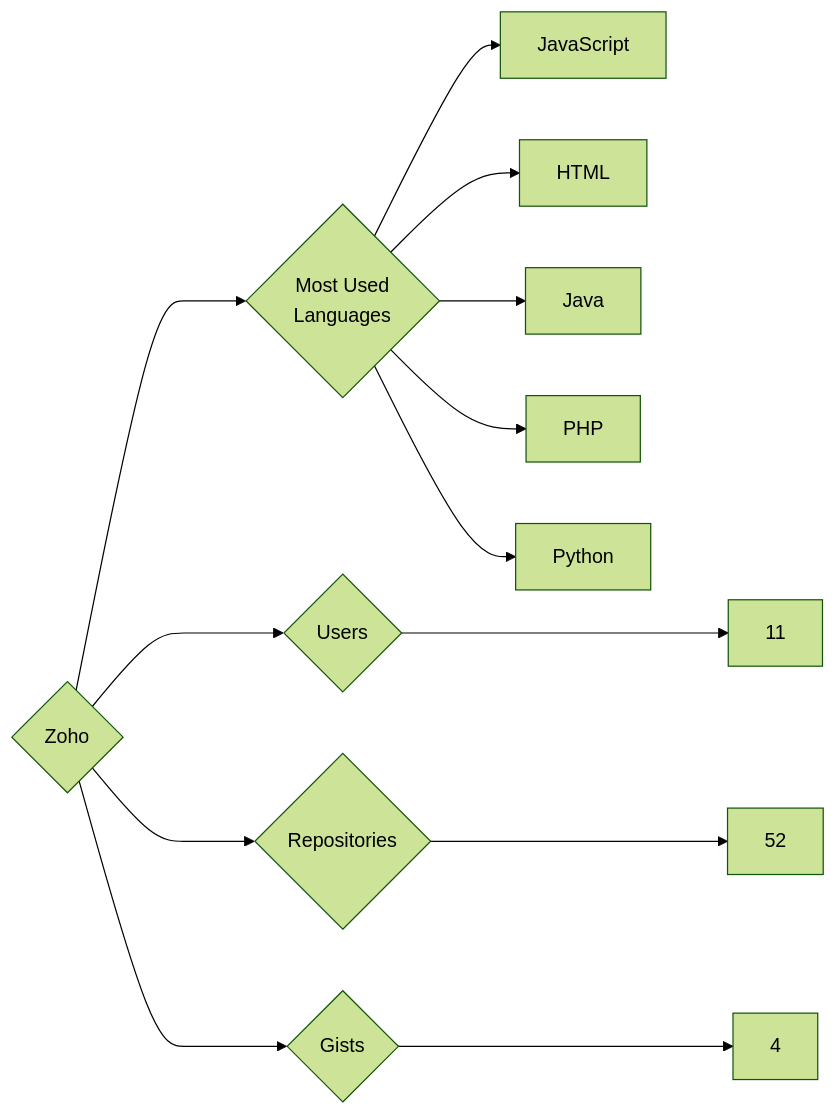
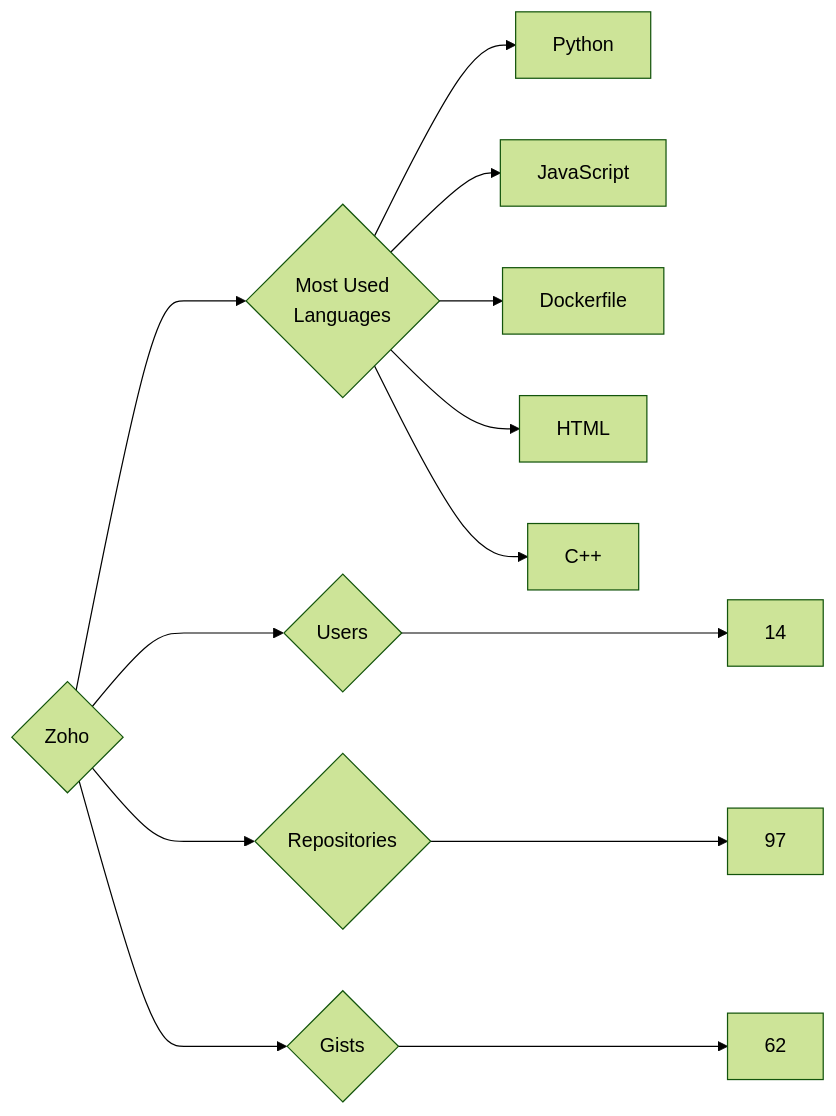
The diagram in targets/Zoho/README.md (trickest/insiders), drawn with Mermaid (forest theme) before and after one commit. The commit also changed 1484 other files, not shown here.

````diff
--- a/targets/Zoho/README.md
+++ b/targets/Zoho/README.md
@@ -3,13 +3,13 @@
 ```mermaid
 graph LR
 COMPANY_NAME{Zoho}
-COMPANY_NAME ---> U{Users} ---> UN[11]
-COMPANY_NAME ---> R{Repositories} ---> RN[52]
-COMPANY_NAME ---> G{Gists} ---> GN[4]
+COMPANY_NAME ---> U{Users} ---> UN[14]
+COMPANY_NAME ---> R{Repositories} ---> RN[97]
+COMPANY_NAME ---> G{Gists} ---> GN[62]
 COMPANY_NAME ---> ML{Most Used<br>Languages}
+ML --> Python[Python]
 ML --> JavaScript[JavaScript]
+ML --> Dockerfile[Dockerfile]
 ML --> HTML[HTML]
-ML --> Java[Java]
-ML --> PHP[PHP]
-ML --> Python[Python]
+ML --> C++[C++]
 ```
````
